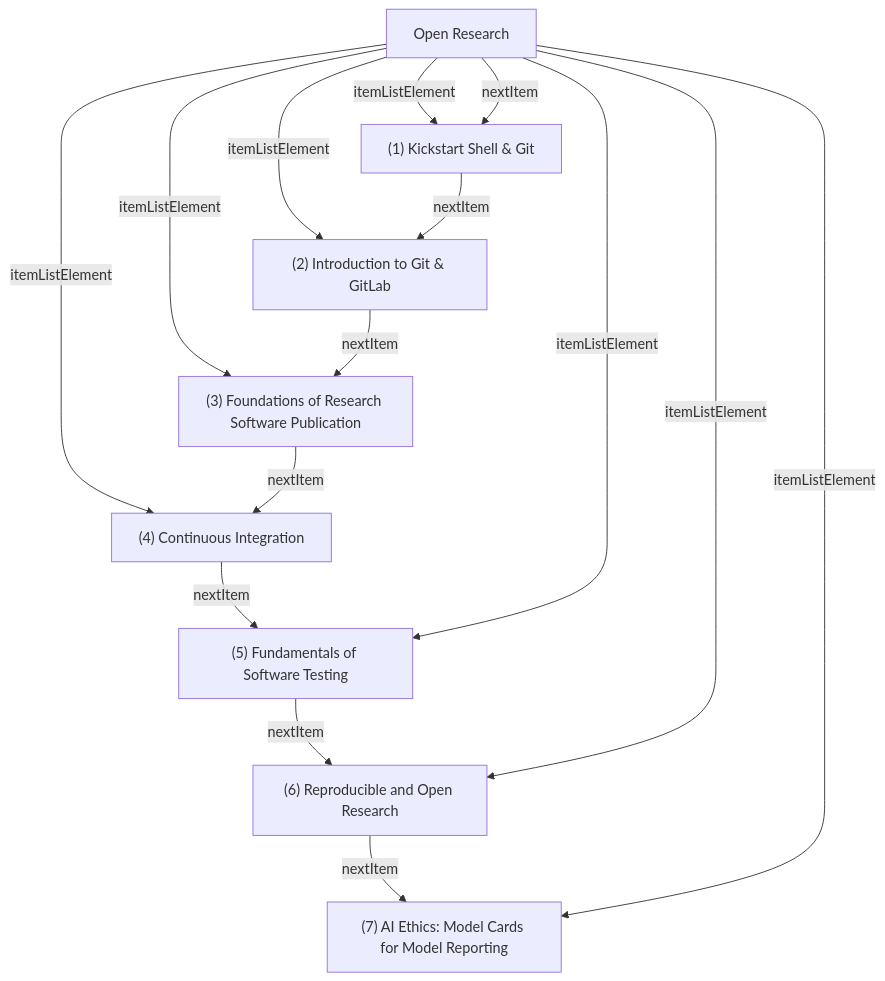
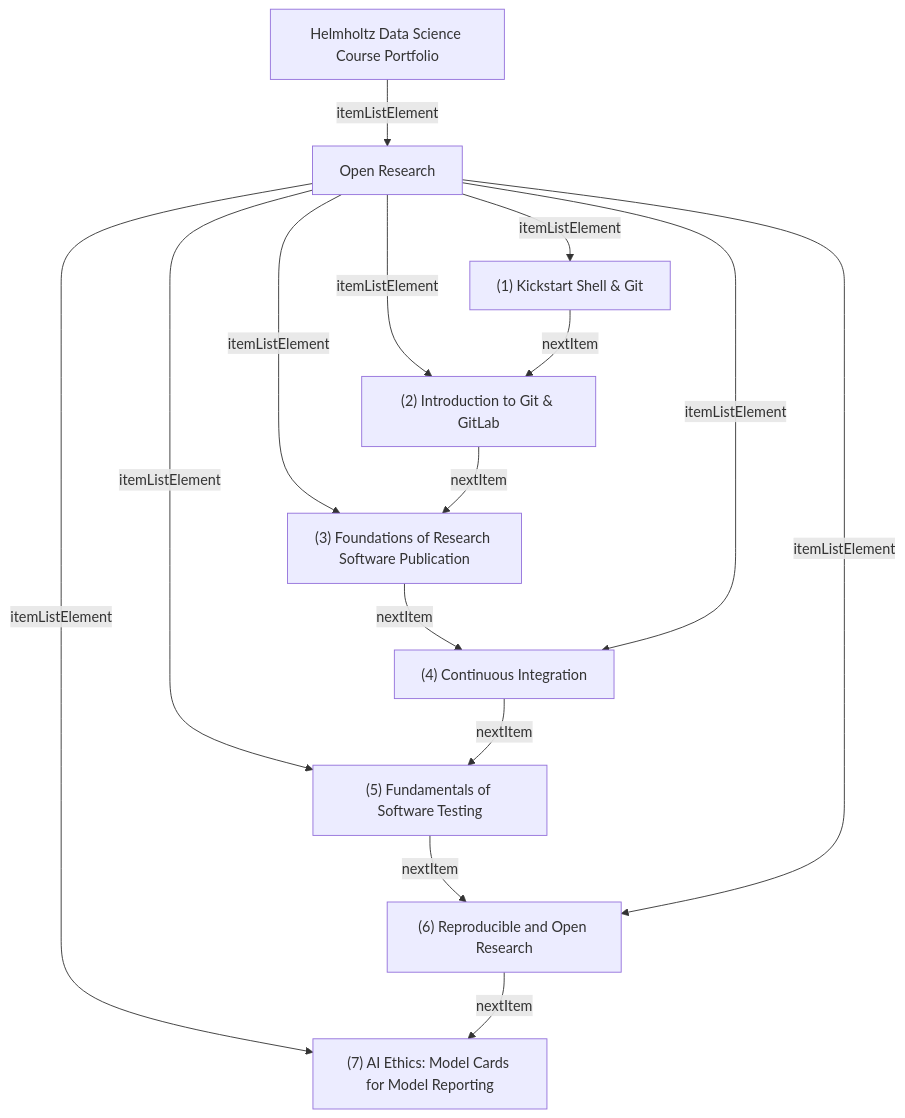
Before and after one commit to BioSchemas/LearningPath-sandbox: the diagram in lp2.mmd, drawn with Mermaid. The commit also changed 8 other files, not shown here.

```diff
--- a/lp2.mmd
+++ b/lp2.mmd
@@ -1,43 +1,43 @@
 graph TD
 N1["Open Research"]
 N4["(3) Foundations of Research Software Publication"]
 N1 -- itemListElement --> N4
 N1["Open Research"]
+N3["(2) Introduction to Git & GitLab"]
+N1 -- itemListElement --> N3
+N1["Open Research"]
+N6["(5) Fundamentals of Software Testing"]
+N1 -- itemListElement --> N6
 N2["(1) Kickstart Shell & Git"]
-N1 -- itemListElement --> N2
+N3["(2) Introduction to Git & GitLab"]
+N2 -- nextItem --> N3
+N0["Helmholtz Data Science Course Portfolio"]
+N1["Open Research"]
+N0 -- itemListElement --> N1
+N4["(3) Foundations of Research Software Publication"]
+N5["(4) Continuous Integration"]
+N4 -- nextItem --> N5
+N1["Open Research"]
+N8["(7) AI Ethics: Model Cards for Model Reporting"]
+N1 -- itemListElement --> N8
+N6["(5) Fundamentals of Software Testing"]
+N7["(6) Reproducible and Open Research"]
+N6 -- nextItem --> N7
 N1["Open Research"]
 N5["(4) Continuous Integration"]
 N1 -- itemListElement --> N5
+N1["Open Research"]
+N7["(6) Reproducible and Open Research"]
+N1 -- itemListElement --> N7
+N1["Open Research"]
+N2["(1) Kickstart Shell & Git"]
+N1 -- itemListElement --> N2
+N3["(2) Introduction to Git & GitLab"]
 N4["(3) Foundations of Research Software Publication"]
-N5["(4) Continuous Integration"]
-N4 -- nextItem --> N5
-N6["(5) Fundamentals of Software Testing"]
-N7["(6) Reproducible and Open Research"]
-N6 -- nextItem --> N7
+N3 -- nextItem --> N4
 N5["(4) Continuous Integration"]
 N6["(5) Fundamentals of Software Testing"]
 N5 -- nextItem --> N6
 N7["(6) Reproducible and Open Research"]
 N8["(7) AI Ethics: Model Cards for Model Reporting"]
 N7 -- nextItem --> N8
-N1["Open Research"]
-N6["(5) Fundamentals of Software Testing"]
-N1 -- itemListElement --> N6
-N1["Open Research"]
-N7["(6) Reproducible and Open Research"]
-N1 -- itemListElement --> N7
-N3["(2) Introduction to Git & GitLab"]
-N4["(3) Foundations of Research Software Publication"]
-N3 -- nextItem --> N4
-N1["Open Research"]
-N2["(1) Kickstart Shell & Git"]
-N1 -- nextItem --> N2
-N1["Open Research"]
-N3["(2) Introduction to Git & GitLab"]
-N1 -- itemListElement --> N3
-N1["Open Research"]
-N8["(7) AI Ethics: Model Cards for Model Reporting"]
-N1 -- itemListElement --> N8
-N2["(1) Kickstart Shell & Git"]
-N3["(2) Introduction to Git & GitLab"]
-N2 -- nextItem --> N3
```
